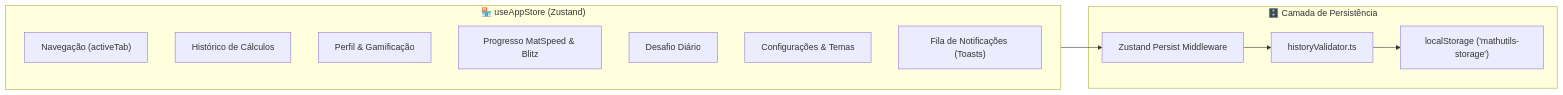
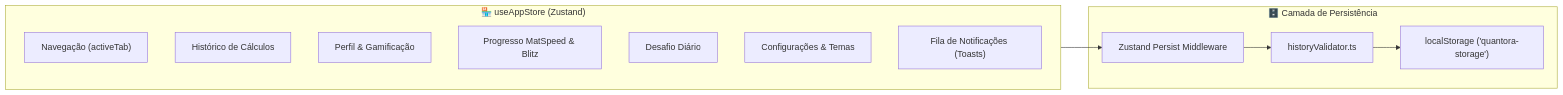
The diagram in docs/Arquitetura de Estado & Persistencia.md (Jklmkii/math), drawn with Mermaid before and after one commit. The commit also changed other lines of this file and 38 other files, not shown here.

````diff
--- a/docs/Arquitetura de Estado & Persistencia.md
+++ b/docs/Arquitetura de Estado & Persistencia.md
@@ -18,22 +18,22 @@
 ```mermaid
 graph LR
     subgraph ZustandStore["🏪 useAppStore (Zustand)"]
         NavState["Navegação (activeTab)"]
         HistState["Histórico de Cálculos"]
         ProfState["Perfil & Gamificação"]
         QuizState["Progresso MatSpeed & Blitz"]
         DailyState["Desafio Diário"]
         SetState["Configurações & Temas"]
         ToastState["Fila de Notificações (Toasts)"]
     end
 
     subgraph StorageLayer["🗄️ Camada de Persistência"]
         Middleware["Zustand Persist Middleware"]
         Validator["historyValidator.ts"]
-        LocalStorage["localStorage ('mathutils-storage')"]
+        LocalStorage["localStorage ('quantora-storage')"]
     end
 
     ZustandStore --> Middleware
     Middleware --> Validator
     Validator --> LocalStorage
 ```
````
